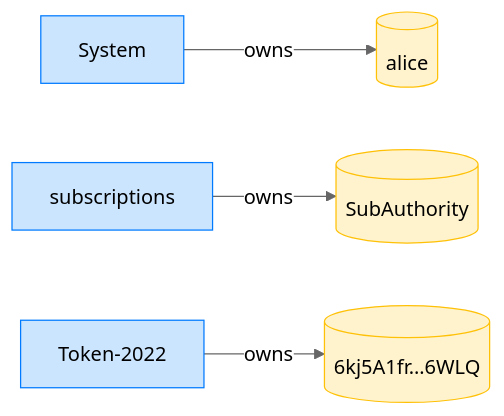
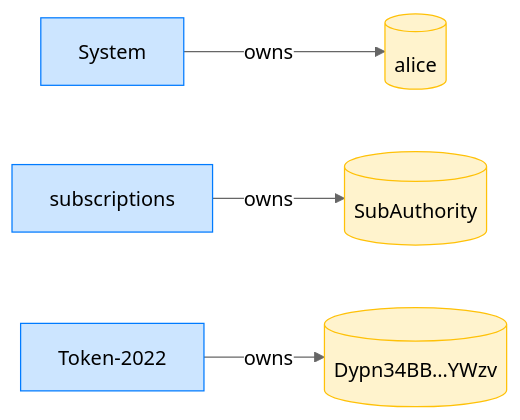
One commit to cds-rs/subscriptions changed the fourth of 4 diagrams in dsl_tests/initialize-over-a-token-2022-mint---confidentialtransfermint--.md. Above: the diagram before and after it, drawn with Mermaid (neutral theme). The commit also changed other lines of this file and 224 other files, not shown here.

````diff
--- a/dsl_tests/initialize-over-a-token-2022-mint---confidentialtransfermint--.md
+++ b/dsl_tests/initialize-over-a-token-2022-mint---confidentialtransfermint--.md
@@ -73,14 +78,14 @@
 ```mermaid
 flowchart LR
     classDef owner fill:#cce5ff,stroke:#007bff;
     classDef account fill:#fff3cd,stroke:#ffc107;
     System[System]:::owner
     alice[(alice)]:::account
     subscriptions[subscriptions]:::owner
     SubAuthority[(SubAuthority)]:::account
     Token_2022["Token-2022"]:::owner
-    6kj5A1fr_6WLQ[("6kj5A1fr…6WLQ")]:::account
+    Dypn34BB_YWzv[("Dypn34BB…YWzv")]:::account
     System -->|owns| alice
     subscriptions -->|owns| SubAuthority
-    Token_2022 -->|owns| 6kj5A1fr_6WLQ
+    Token_2022 -->|owns| Dypn34BB_YWzv
 ```
````
